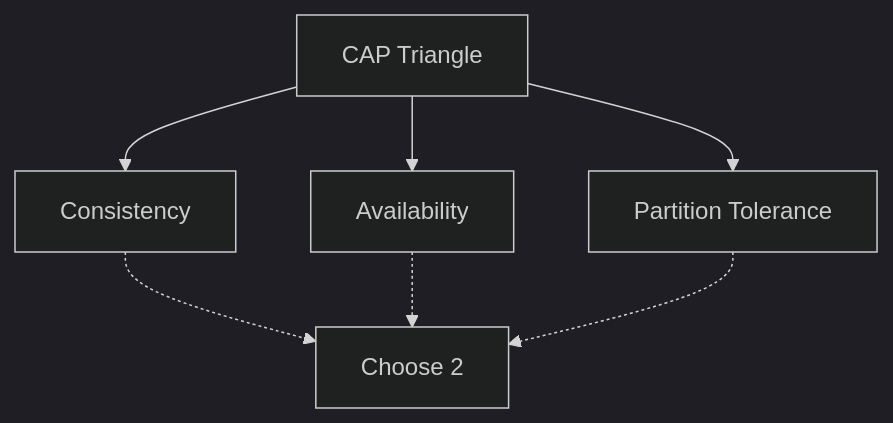
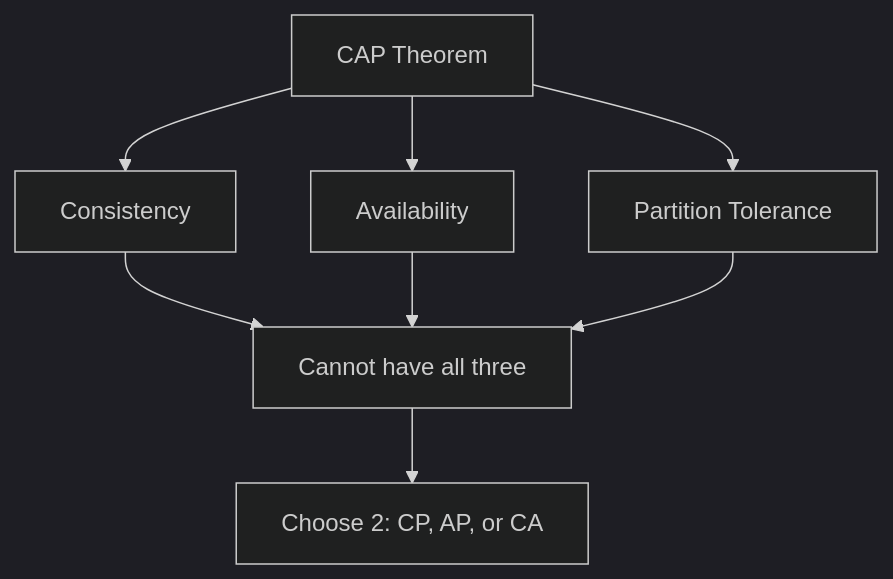
Before and after one commit to VrushankPatel/interview-matters: the diagram in cap-theorem-and-distributed-systems/README.md, drawn with Mermaid (dark theme). The commit also changed other lines of this file and 6 other files, not shown here.

````diff
--- a/cap-theorem-and-distributed-systems/README.md
+++ b/cap-theorem-and-distributed-systems/README.md
@@ -25,9 +37,10 @@
 ```mermaid
 graph TD
-    A[CAP Triangle] --> B[Consistency]
+    A[CAP Theorem] --> B[Consistency]
     A --> C[Availability]
     A --> D[Partition Tolerance]
-    B -.-> E[Choose 2]
-    C -.-> E
-    D -.-> E
+    B --> E[Cannot have all three]
+    C --> E
+    D --> E
+    E --> F[Choose 2: CP, AP, or CA]
 ```
````
